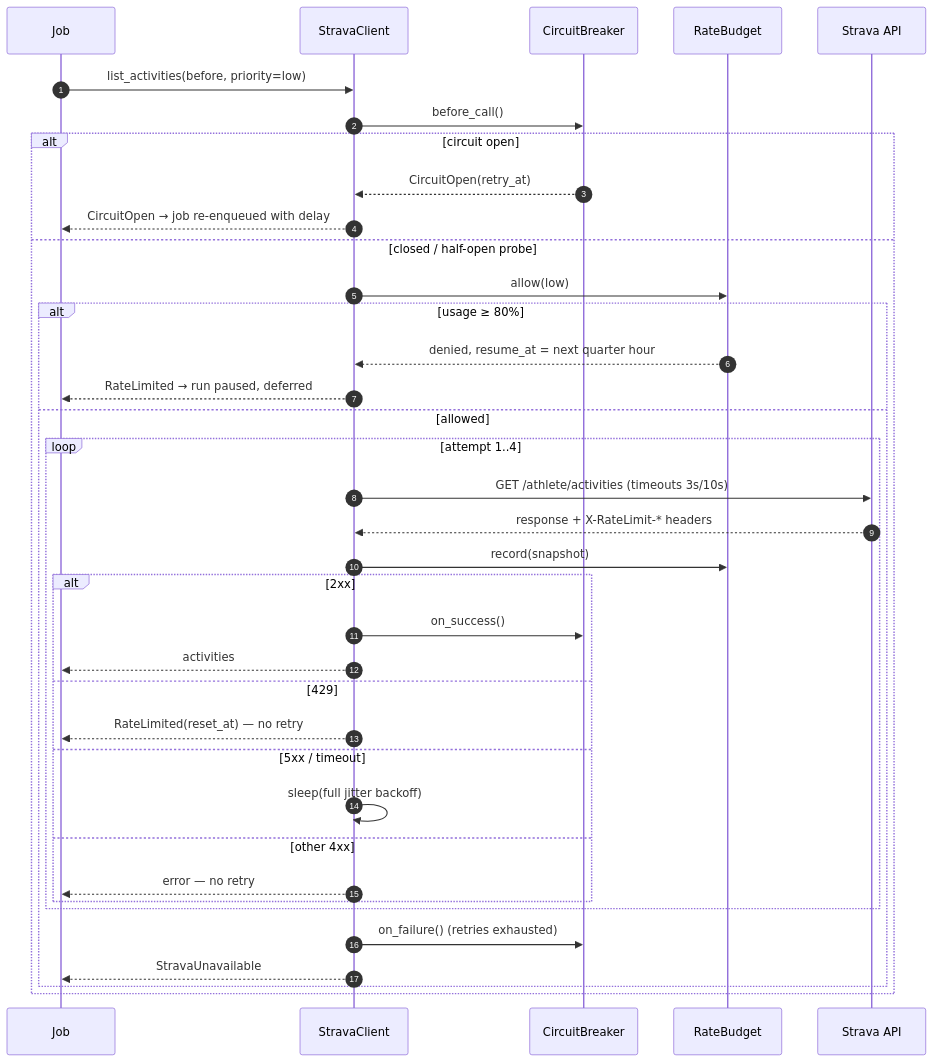
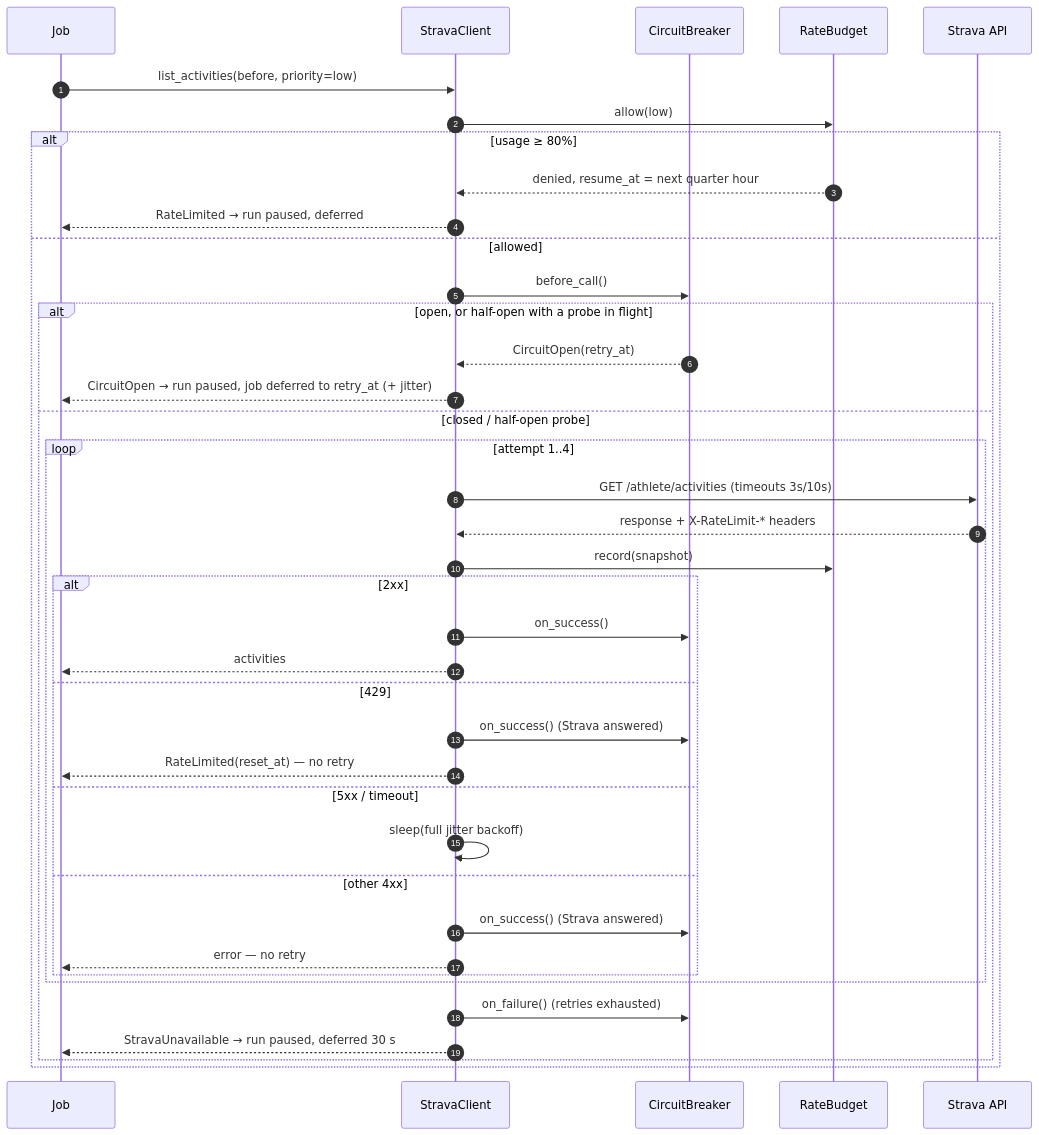
The seventh of 14 diagrams in docs/diagrams.md (umutaydins/trainsync), drawn with Mermaid before and after one commit. The commit also changed other lines of this file and 10 other files, not shown here.

First line of the commit message:
add per-process circuit breaker in the strava client

````diff
--- a/docs/diagrams.md
+++ b/docs/diagrams.md
@@ -381,40 +382,42 @@
 ```mermaid
 sequenceDiagram
     autonumber
     participant Job
     participant C as StravaClient
     participant B as CircuitBreaker
     participant RB as RateBudget
     participant S as Strava API
 
     Job->>C: list_activities(before, priority=low)
-    C->>B: before_call()
-    alt circuit open
-        B-->>C: CircuitOpen(retry_at)
-        C-->>Job: CircuitOpen → job re-enqueued with delay
-    else closed / half-open probe
-        C->>RB: allow(low)
-        alt usage ≥ 80%
-            RB-->>C: denied, resume_at = next quarter hour
-            C-->>Job: RateLimited → run paused, deferred
-        else allowed
+    C->>RB: allow(low)
+    alt usage ≥ 80%
+        RB-->>C: denied, resume_at = next quarter hour
+        C-->>Job: RateLimited → run paused, deferred
+    else allowed
+        C->>B: before_call()
+        alt open, or half-open with a probe in flight
+            B-->>C: CircuitOpen(retry_at)
+            C-->>Job: CircuitOpen → run paused, job deferred to retry_at (+ jitter)
+        else closed / half-open probe
             loop attempt 1..4
                 C->>S: GET /athlete/activities (timeouts 3s/10s)
                 S-->>C: response + X-RateLimit-* headers
                 C->>RB: record(snapshot)
                 alt 2xx
                     C->>B: on_success()
                     C-->>Job: activities
                 else 429
+                    C->>B: on_success() (Strava answered)
                     C-->>Job: RateLimited(reset_at) — no retry
                 else 5xx / timeout
                     C->>C: sleep(full jitter backoff)
                 else other 4xx
+                    C->>B: on_success() (Strava answered)
                     C-->>Job: error — no retry
                 end
             end
             C->>B: on_failure() (retries exhausted)
-            C-->>Job: StravaUnavailable
+            C-->>Job: StravaUnavailable → run paused, deferred 30 s
         end
     end
 ```
````
